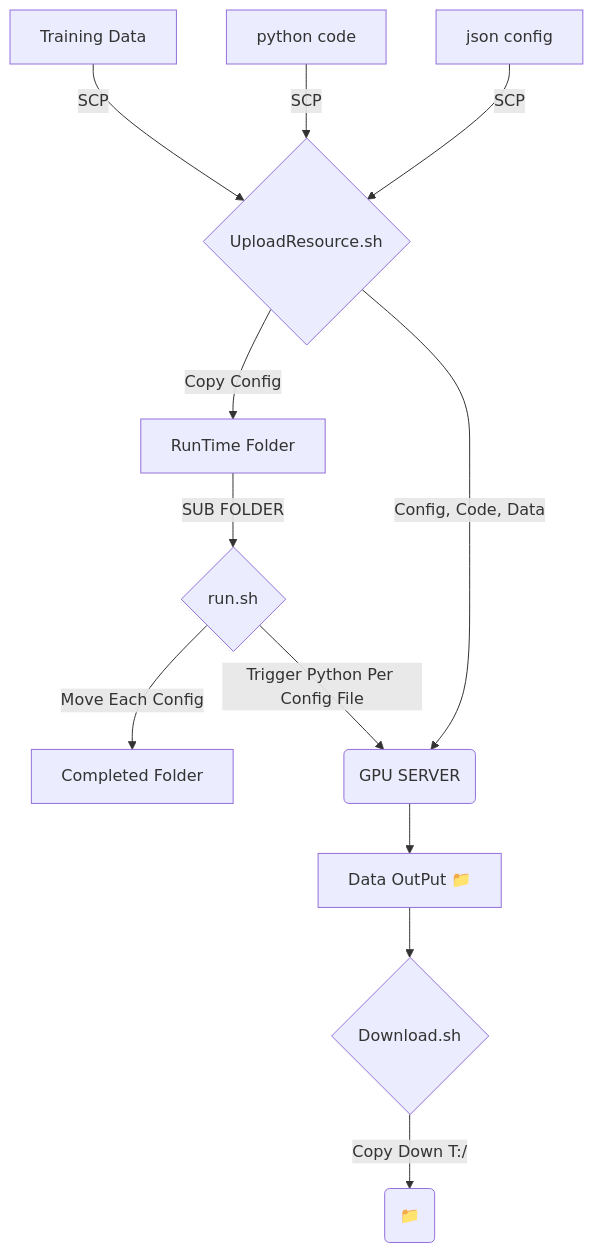
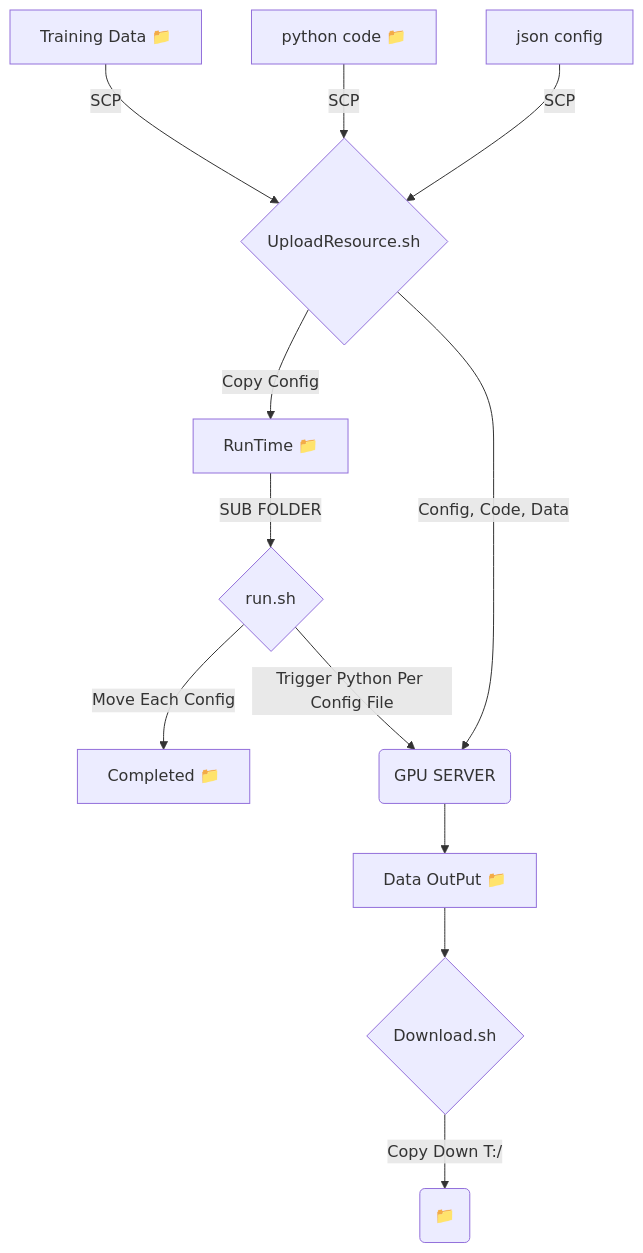
One commit to hung135/gpu_tasker changed the diagram in flow_chart.md. Above: the diagram before and after it, drawn with Mermaid.

````diff
--- a/flow_chart.md
+++ b/flow_chart.md
@@ -1,22 +1,22 @@
 ```mermaid
 graph TD
     A[json config] -->|SCP| F
     B -->|SCP| F
     C -->|SCP| F   
-    B[python code]
-    C[Training Data]
-    D[RunTime Folder] 
-    E[Completed Folder]
+    B[python code #128193;]
+    C[Training Data #128193;]
+    D[RunTime #128193;] 
+    E[Completed #128193;]
     F{UploadResource.sh}-->|Config, Code, Data|G
     F -->|Copy Config|D
     G(GPU SERVER)
     H{run.sh}-->|Move Each Config|E 
     H-->|Trigger Python Per Config File|G 
     D -->|SUB FOLDER| H
     G-->II["Data OutPut #128193;"]-->I
     I{Download.sh}-->|"Copy Down T:/"|J
     J("#128193;")
     
     
     
 ```
````
